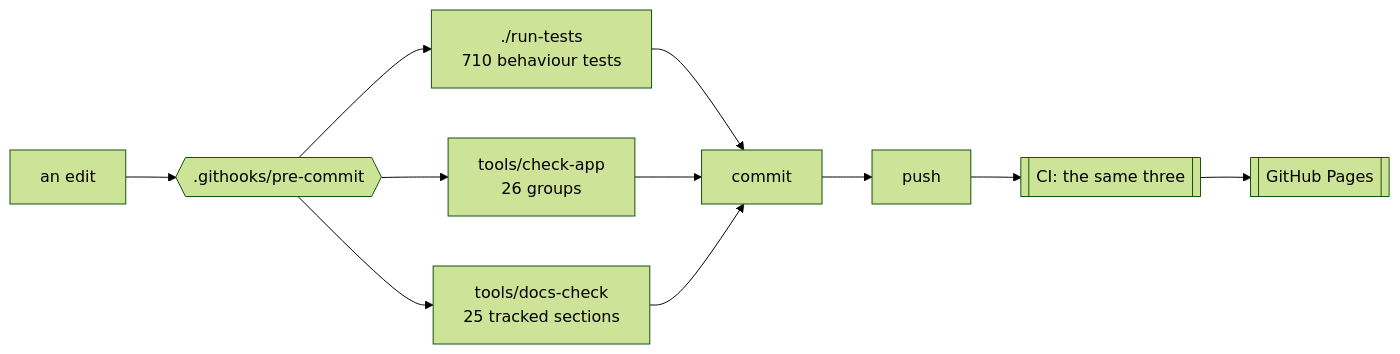
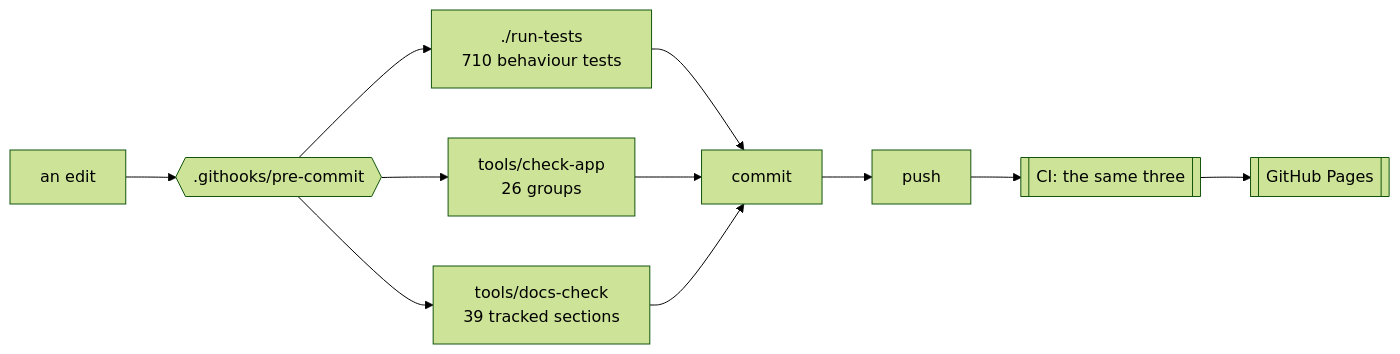
Before and after one commit to minormending/crystal-pilot-mobile: the first of 2 diagrams in docs/DEVELOPING.md, drawn with Mermaid (forest theme). The commit also changed other lines of this file and 1 other file, not shown here.

````diff
--- a/docs/DEVELOPING.md
+++ b/docs/DEVELOPING.md
@@ -15,12 +15,12 @@
 ```mermaid
 flowchart LR
     E[an edit] --> H{{".githooks/pre-commit"}}
     H --> T["./run-tests<br/>710 behaviour tests"]
     H --> C["tools/check-app<br/>26 groups"]
-    H --> D["tools/docs-check<br/>25 tracked sections"]
+    H --> D["tools/docs-check<br/>39 tracked sections"]
     T --> OK[commit]
     C --> OK
     D --> OK
     OK --> P[push] --> CI[["CI: the same three"]]
     CI --> PG[[GitHub Pages]]
 ```
````
